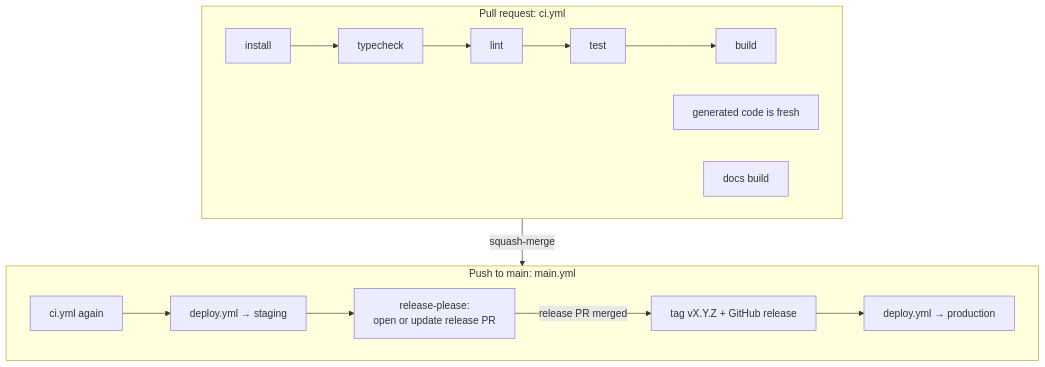
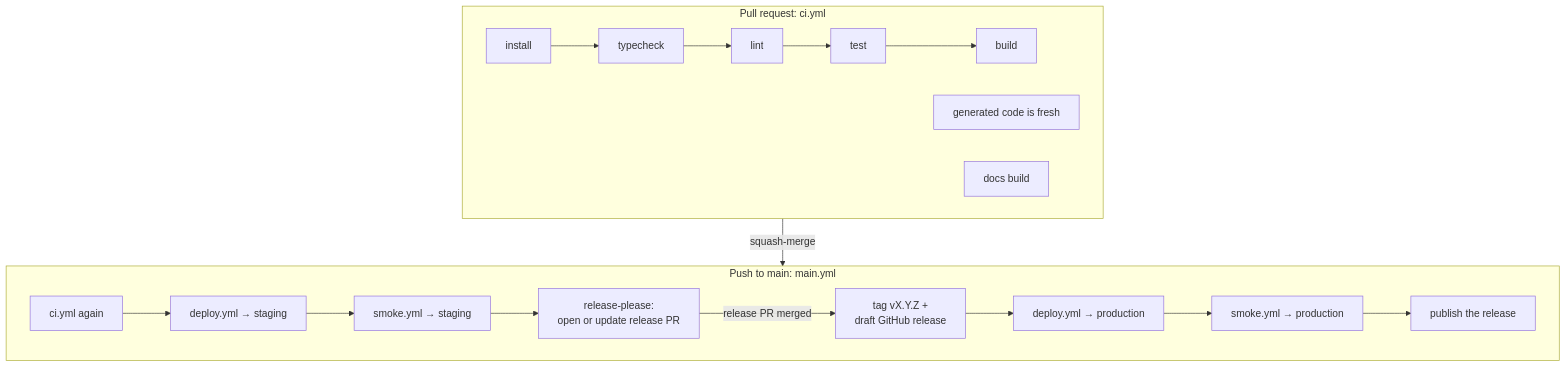
One commit to alilibx/agentic-development-workflow changed the diagram in docs/delivery/ci-cd.md. Above: the diagram before and after it, drawn with Mermaid. The commit also changed other lines of this file and 60 other files, not shown here.

````diff
--- a/docs/delivery/ci-cd.md
+++ b/docs/delivery/ci-cd.md
@@ -7,13 +7,14 @@
 ```mermaid
 flowchart TB
   subgraph PR["Pull request: ci.yml"]
     A[install] --> B[typecheck] --> C[lint] --> D[test] --> E[build]
     F[generated code is fresh]
     G[docs build]
   end
   subgraph MAIN["Push to main: main.yml"]
-    H[ci.yml again] --> I["deploy.yml → staging"] --> J["release-please:<br/>open or update release PR"]
-    J -->|"release PR merged"| K["tag vX.Y.Z + GitHub release"] --> L["deploy.yml → production"]
+    H[ci.yml again] --> I["deploy.yml → staging"] --> SS["smoke.yml → staging"] --> J["release-please:<br/>open or update release PR"]
+    J -->|"release PR merged"| K["tag vX.Y.Z +<br/>draft GitHub release"] --> L["deploy.yml → production"]
+    L --> SP["smoke.yml → production"] --> PUB["publish the release"]
   end
   PR -->|squash-merge| MAIN
 ```
````
